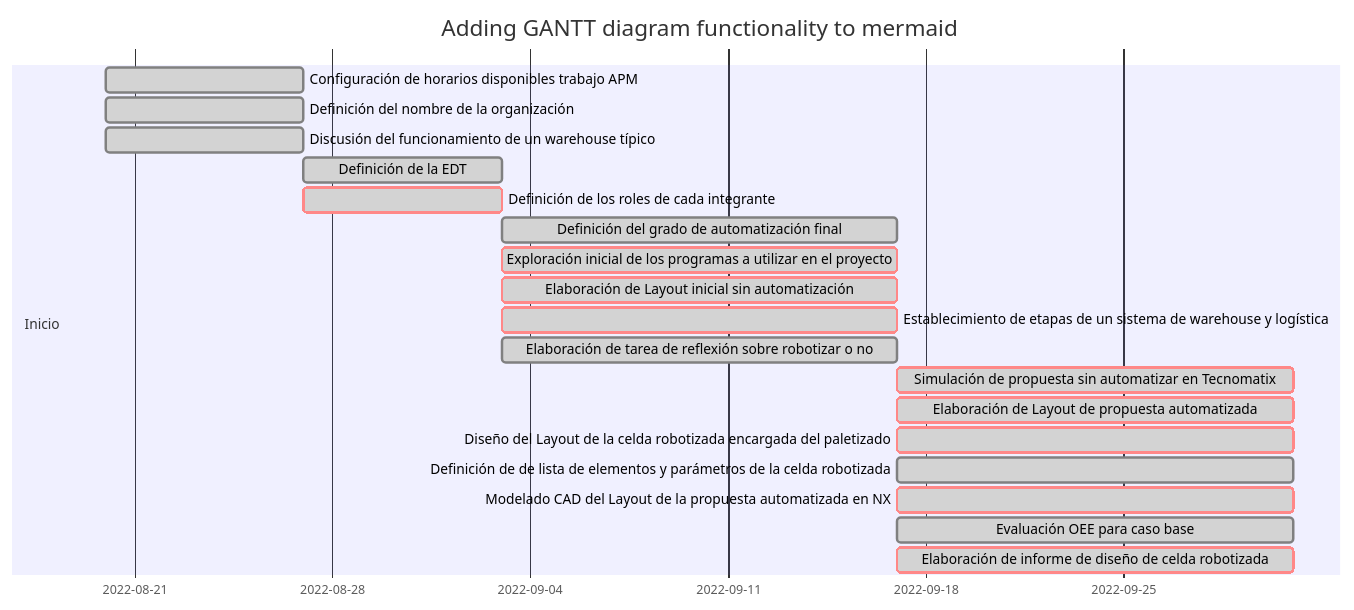
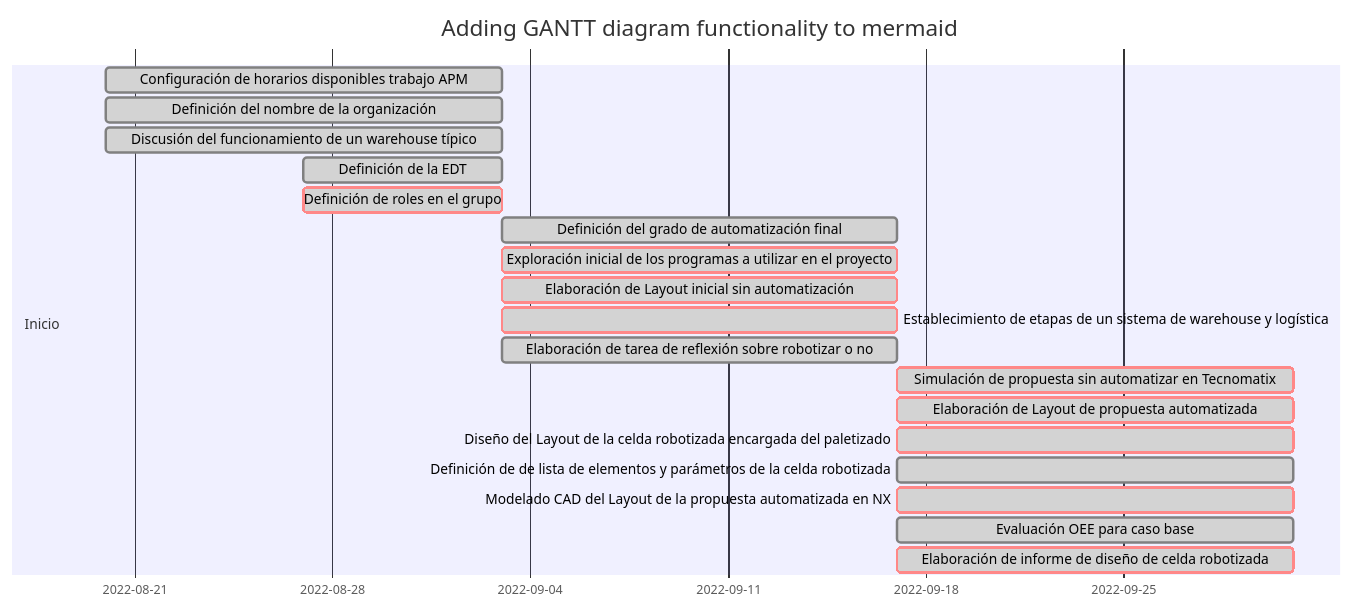
One commit to ART3CHAutomation/WarePatch changed the diagram in README.md. Above: the diagram before and after it, drawn with Mermaid.

Commit message:
Actualización Sprint #2.

````diff
--- a/README.md
+++ b/README.md
@@ -6,29 +6,29 @@
 ```mermaid
 gantt
     dateFormat  YYYY-MM-DD
     title       Adding GANTT diagram functionality to mermaid
     
     %% (`excludes` accepts specific dates in YYYY-MM-DD format, days of the week ("sunday") or "weekends", but not the word "weekdays".)
 
     section Inicio
-    Configuración de horarios disponibles trabajo APM            :done,    des1, 2022-08-20, 7d
-    Definición del nombre de la organización                     :done,    des2, 2022-08-20, 7d
-    Discusión del funcionamiento de un warehouse típico          :done,    des3, 2022-08-20, 7d
+    Configuración de horarios disponibles trabajo APM            :done,    des1, 2022-08-20, 14d
+    Definición del nombre de la organización                     :done,    des2, 2022-08-20, 14d
+    Discusión del funcionamiento de un warehouse típico          :done,    des3, 2022-08-20, 14d
     
-    Definición de la EDT                                         :done, des4,   after des1, 7d
-    Definición de los roles de cada integrante                   :crit, done, des5,   after des1, 7d
+    Definición de la EDT                                         :done, des4,   2022-08-27, 7d
+    Definición de roles en el grupo                   :crit, done, des5,   2022-08-27, 7d
     
     Definición del grado de automatización final                  :done, des6, after des4, 14d
     Exploración inicial de los programas a utilizar en el proyecto    :crit, done, des7, after des4, 14d
     Elaboración de Layout inicial sin automatización               :crit, done, des8, after des4, 14d
     Establecimiento de etapas de un sistema de warehouse y logística    :crit, done, des9, after des4, 14d
     Elaboración de tarea de reflexión sobre robotizar o no         :done, des10, after des4, 14d
     
     Simulación de propuesta sin automatizar en Tecnomatix              :crit, done, des11, after des10, 14d
     Elaboración de Layout de propuesta automatizada              :crit, done, des12, after des10, 14d
     Diseño del Layout de la celda robotizada encargada del paletizado       :crit, done, des13, after des10, 14d
     Definición de de lista de elementos y parámetros de la celda robotizada  :done, des14, after des10, 14d
     Modelado CAD del Layout de la propuesta automatizada en NX            :crit, done, des15, after des6, 14d
     Evaluación OEE para caso base                                :done, des16, after des6, 14d
     Elaboración de informe de diseño de celda robotizada         :crit, done, des17, after des6, 14d
 ```
````
